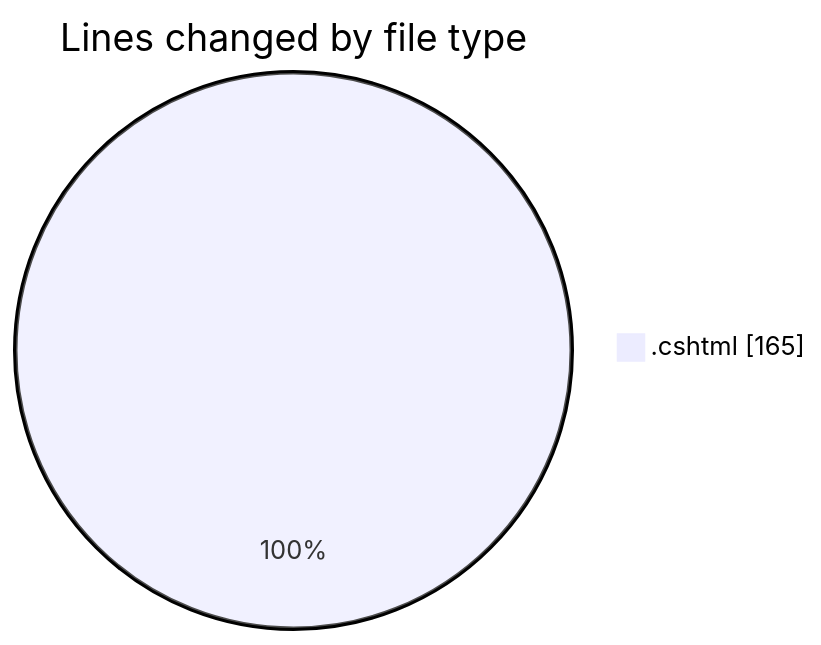
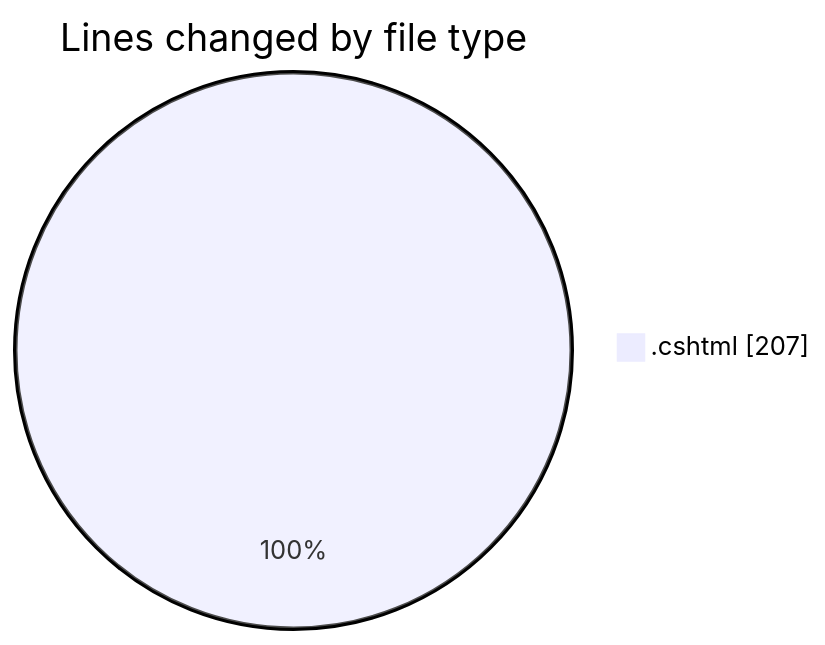
The first of 2 diagrams in 2025-07-20/nhahang/README.md (lephambinh05/code-tracking), drawn with Mermaid before and after one commit. The commit also changed other lines of this file and 1 other file, not shown here.

````diff
--- a/2025-07-20/nhahang/README.md
+++ b/2025-07-20/nhahang/README.md
@@ -20,5 +20,5 @@
 ```mermaid
 pie showData
 title Lines changed by file type
-".cshtml" : 165
+".cshtml" : 207
 ```
````
